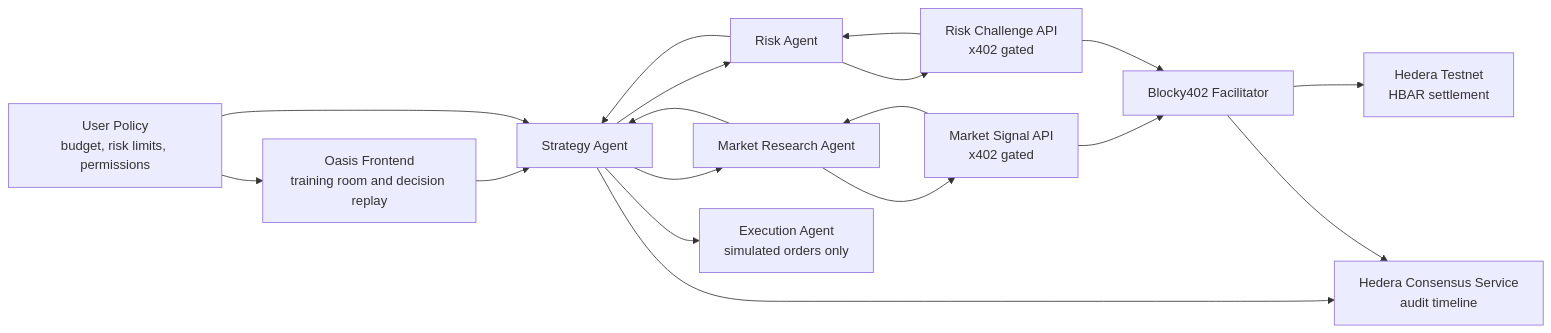
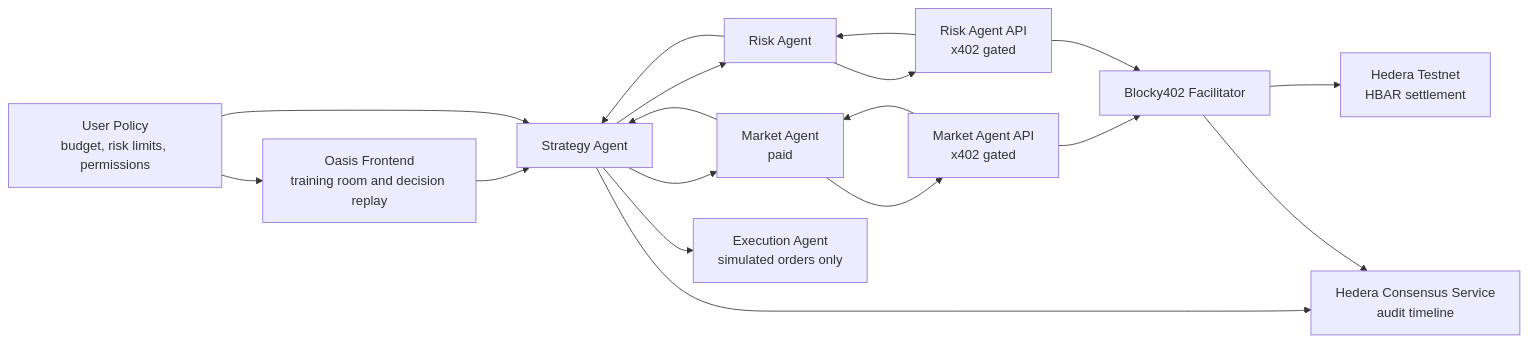
One commit to hwish39-byte/Oasis-Agent-Trading changed the diagram in README.md. Above: the diagram before and after it, drawn with Mermaid. The commit also changed other lines of this file and 36 other files, not shown here.

````diff
--- a/README.md
+++ b/README.md
@@ -60,32 +63,32 @@
 ```mermaid
 flowchart LR
     User["User Policy<br/>budget, risk limits, permissions"]
     UI["Oasis Frontend<br/>training room and decision replay"]
     Strategy["Strategy Agent"]
-    Research["Market Research Agent"]
+    Research["Market Agent<br/>paid"]
     Risk["Risk Agent"]
-    SignalAPI["Market Signal API<br/>x402 gated"]
-    RiskAPI["Risk Challenge API<br/>x402 gated"]
+    SignalAPI["Market Agent API<br/>x402 gated"]
+    RiskAPI["Risk Agent API<br/>x402 gated"]
     Blocky["Blocky402 Facilitator"]
     Hedera["Hedera Testnet<br/>HBAR settlement"]
     HCS["Hedera Consensus Service<br/>audit timeline"]
     Exec["Execution Agent<br/>simulated orders only"]
 
     User --> UI
     UI --> Strategy
     User --> Strategy
     Strategy --> Research
     Strategy --> Risk
     Research --> SignalAPI
     Risk --> RiskAPI
     SignalAPI --> Blocky
     RiskAPI --> Blocky
     Blocky --> Hedera
     SignalAPI --> Research
     RiskAPI --> Risk
     Research --> Strategy
     Risk --> Strategy
     Strategy --> Exec
     Strategy --> HCS
     Blocky --> HCS
 ```
````
